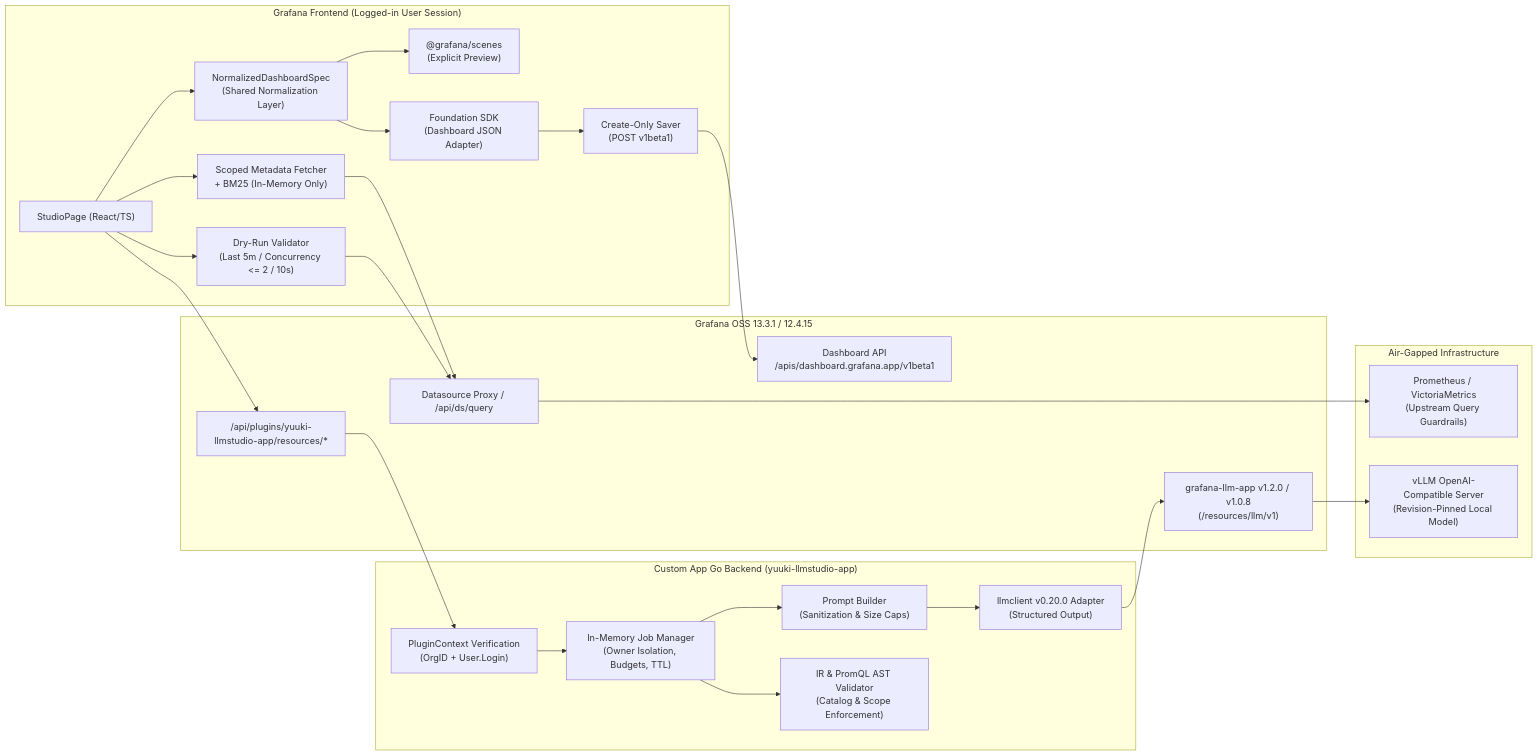
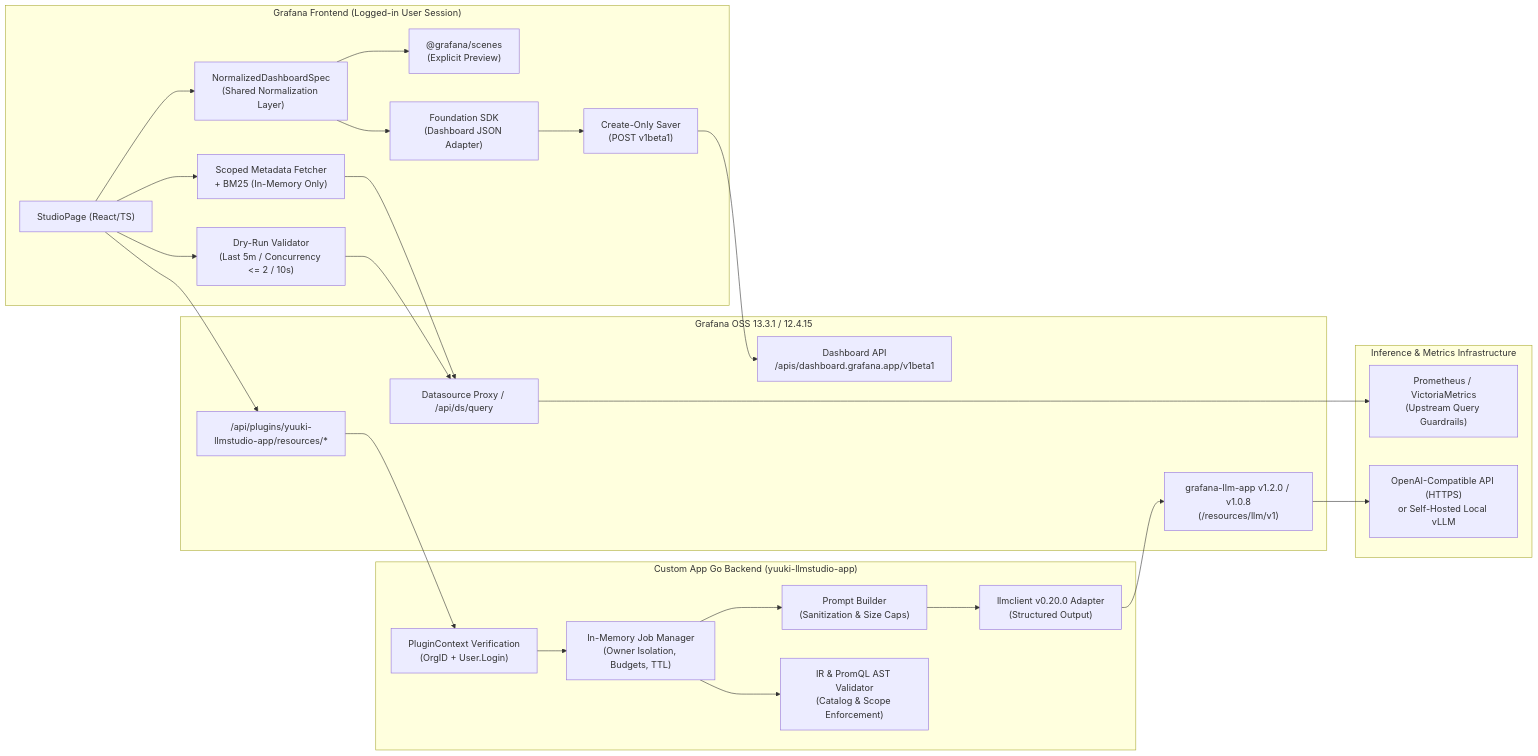
The first of 2 diagrams in docs/architecture.md (yuuki/grafana-llm-studio-app), drawn with Mermaid before and after one commit. The commit also changed 17 other files, not shown here.

Commit message:
feat: support internet OpenAI-compatible APIs via grafana-llm-app and balance deployment docs

````diff
--- a/docs/architecture.md
+++ b/docs/architecture.md
@@ -5,41 +5,41 @@
 ```mermaid
 flowchart LR
   subgraph Browser["Grafana Frontend (Logged-in User Session)"]
     UI["StudioPage (React/TS)"]
     Meta["Scoped Metadata Fetcher\n+ BM25 (In-Memory Only)"]
     Val["Dry-Run Validator\n(Last 5m / Concurrency <= 2 / 10s)"]
     Norm["NormalizedDashboardSpec\n(Shared Normalization Layer)"]
     Scenes["@grafana/scenes\n(Explicit Preview)"]
     Found["Foundation SDK\n(Dashboard JSON Adapter)"]
     Saver["Create-Only Saver\n(POST v1beta1)"]
   end
 
   subgraph Grafana["Grafana OSS 13.3.1 / 12.4.15"]
     AppAPI["/api/plugins/yuuki-llmstudio-app/resources/*"]
     LLMApp["grafana-llm-app v1.2.0 / v1.0.8\n(/resources/llm/v1)"]
     DSProxy["Datasource Proxy / /api/ds/query"]
     DashAPI["Dashboard API\n/apis/dashboard.grafana.app/v1beta1"]
   end
 
   subgraph Backend["Custom App Go Backend (yuuki-llmstudio-app)"]
     Auth["PluginContext Verification\n(OrgID + User.Login)"]
     Jobs["In-Memory Job Manager\n(Owner Isolation, Budgets, TTL)"]
     Prompt["Prompt Builder\n(Sanitization & Size Caps)"]
     IRVal["IR & PromQL AST Validator\n(Catalog & Scope Enforcement)"]
     LLMCli["llmclient v0.20.0 Adapter\n(Structured Output)"]
   end
 
-  subgraph Infra["Air-Gapped Infrastructure"]
+  subgraph Infra["Inference & Metrics Infrastructure"]
     Prom["Prometheus / VictoriaMetrics\n(Upstream Query Guardrails)"]
-    VLLM["vLLM OpenAI-Compatible Server\n(Revision-Pinned Local Model)"]
+    VLLM["OpenAI-Compatible API (HTTPS)\nor Self-Hosted Local vLLM"]
   end
 
   UI --> Meta --> DSProxy --> Prom
   UI --> AppAPI --> Auth --> Jobs
   Jobs --> Prompt --> LLMCli --> LLMApp --> VLLM
   Jobs --> IRVal
   UI --> Val --> DSProxy
   UI --> Norm
   Norm --> Scenes
   Norm --> Found --> Saver --> DashAPI
 ```
````
